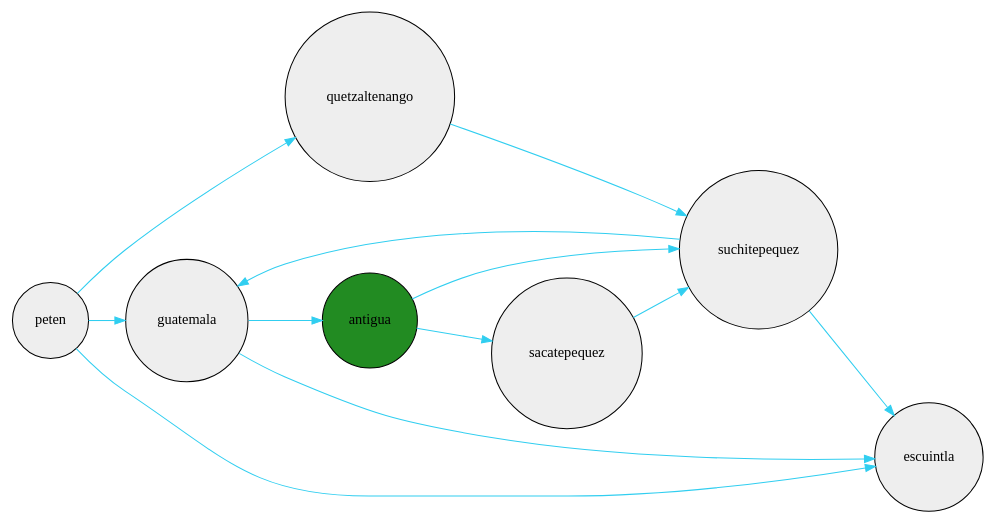
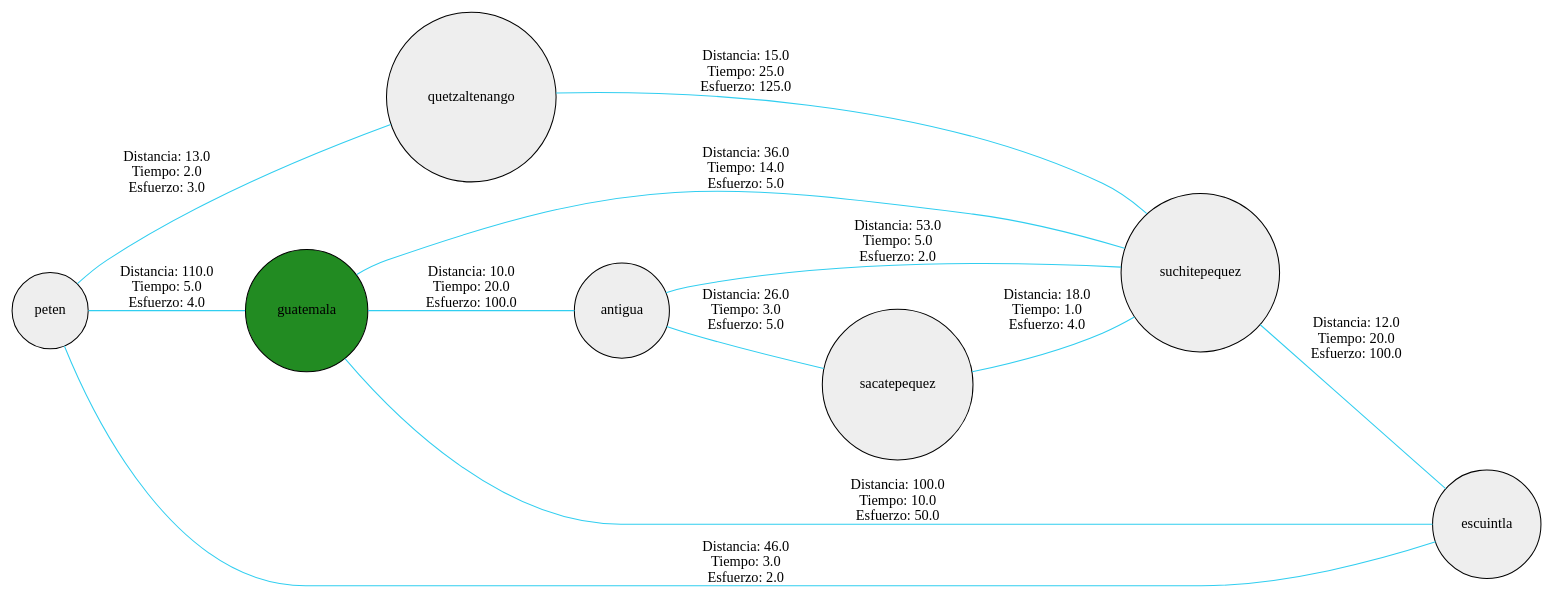
The diagram in src/Images/grafo.dot (Fxhnd13/ProyectoFinalEstructuraDeDatos), drawn with Graphviz before and after one commit. The commit also changed 19 other files, not shown here.

```diff
--- a/src/Images/grafo.dot
+++ b/src/Images/grafo.dot
@@ -1,19 +1,41 @@
 digraph G{
      node[shape=circle];
      node[style=filled];
      node[fillcolor="#EEEEEE"];
-     edge[color="#31CEF0"];
-     guatemala->escuintla;
-     guatemala->antigua;
-     suchitepequez->escuintla;
-     quetzaltenango->suchitepequez;
-     sacatepequez->suchitepequez;
-     peten->guatemala;
-     peten->quetzaltenango;
-     peten->escuintla;
-     suchitepequez->guatemala;
-     antigua->suchitepequez;
-     antigua->sacatepequez;
-     antigua[fillcolor="forestgreen"];
+     edge[color="#31CEF0"];     edge[arrowhead="none"];
+     guatemala->escuintla[label="Distancia: 100.0
+Tiempo: 10.0
+Esfuerzo: 50.0"];
+     guatemala->antigua[label="Distancia: 10.0
+Tiempo: 20.0
+Esfuerzo: 100.0"];
+     suchitepequez->escuintla[label="Distancia: 12.0
+Tiempo: 20.0
+Esfuerzo: 100.0"];
+     quetzaltenango->suchitepequez[label="Distancia: 15.0
+Tiempo: 25.0
+Esfuerzo: 125.0"];
+     sacatepequez->suchitepequez[label="Distancia: 18.0
+Tiempo: 1.0
+Esfuerzo: 4.0"];
+     peten->guatemala[label="Distancia: 110.0
+Tiempo: 5.0
+Esfuerzo: 4.0"];
+     peten->quetzaltenango[label="Distancia: 13.0
+Tiempo: 2.0
+Esfuerzo: 3.0"];
+     peten->escuintla[label="Distancia: 46.0
+Tiempo: 3.0
+Esfuerzo: 2.0"];
+     suchitepequez->guatemala[label="Distancia: 36.0
+Tiempo: 14.0
+Esfuerzo: 5.0"];
+     antigua->suchitepequez[label="Distancia: 53.0
+Tiempo: 5.0
+Esfuerzo: 2.0"];
+     antigua->sacatepequez[label="Distancia: 26.0
+Tiempo: 3.0
+Esfuerzo: 5.0"];
+     guatemala[fillcolor="forestgreen"];
      rankdir=LR;
 }
```
